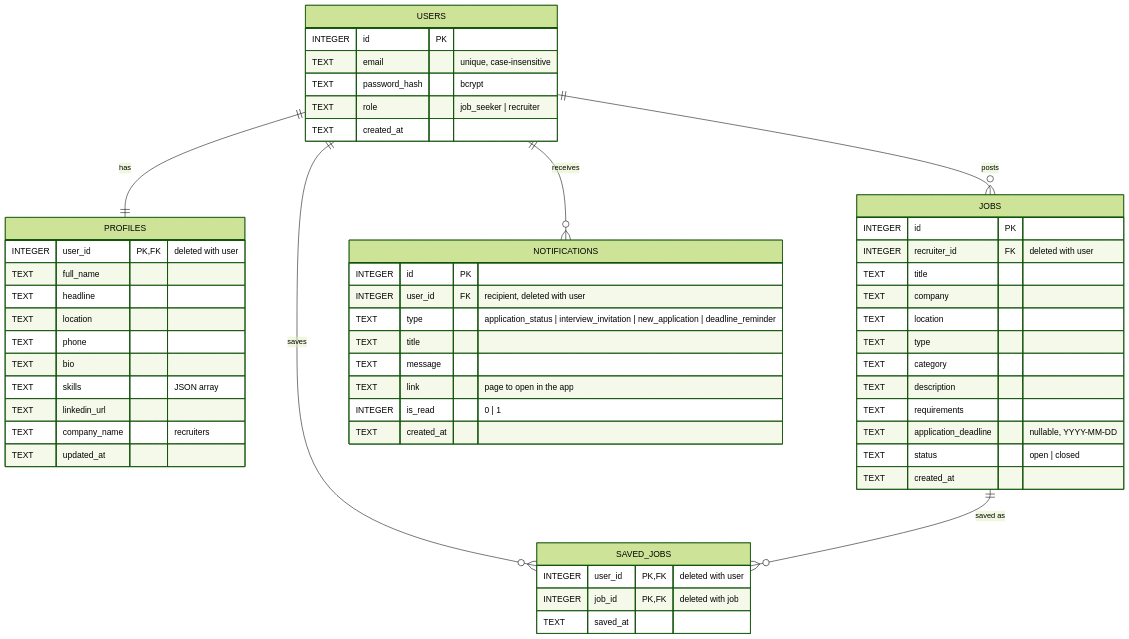
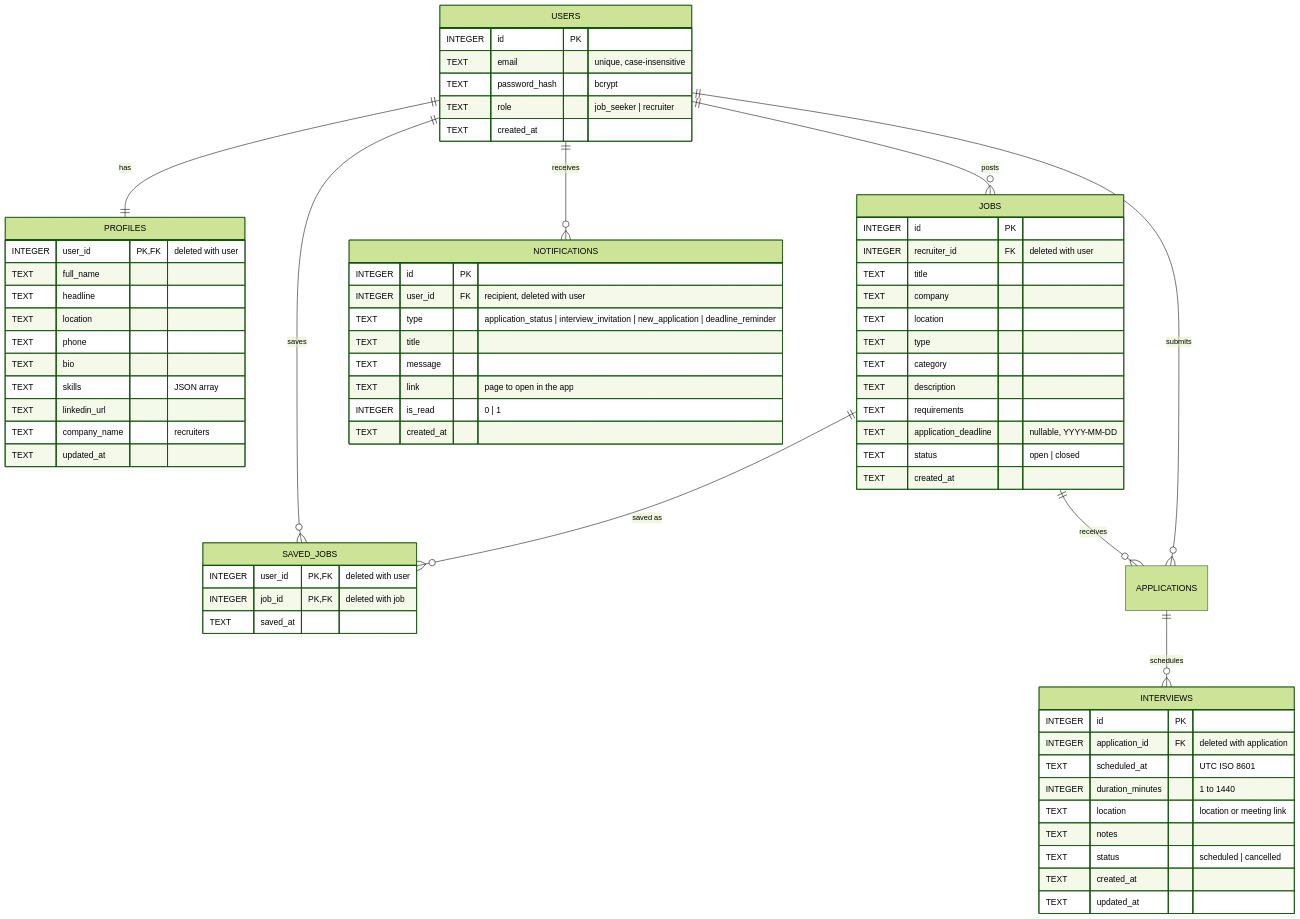
One commit to Strykerxman/CareerConnect changed the diagram in docs/database.md. Above: the diagram before and after it, drawn with Mermaid (forest theme). The commit also changed other lines of this file and 16 other files, not shown here.

Commit message:
Implement interview scheduling and management - Add interview schema and access-controlled scheduling API - Add recruiter scheduling, rescheduling, and cancellation - Show upcoming interviews and in-app notifications to job seekers - Add automated tests and document the interview workflow

````diff
--- a/docs/database.md
+++ b/docs/database.md
@@ -5,56 +5,70 @@
 ```mermaid
 erDiagram
   USERS ||--|| PROFILES : has
   USERS {
     INTEGER id PK
     TEXT email "unique, case-insensitive"
     TEXT password_hash "bcrypt"
     TEXT role "job_seeker | recruiter"
     TEXT created_at
   }
   USERS ||--o{ JOBS : posts
   JOBS {
     INTEGER id PK
     INTEGER recruiter_id FK "deleted with user"
     TEXT title
     TEXT company
     TEXT location
     TEXT type
     TEXT category
     TEXT description
     TEXT requirements
     TEXT application_deadline "nullable, YYYY-MM-DD"
     TEXT status "open | closed"
     TEXT created_at
   }
   PROFILES {
     INTEGER user_id PK, FK "deleted with user"
     TEXT full_name
     TEXT headline
     TEXT location
     TEXT phone
     TEXT bio
     TEXT skills "JSON array"
     TEXT linkedin_url
     TEXT company_name "recruiters"
     TEXT updated_at
   }
   USERS ||--o{ SAVED_JOBS : saves
   JOBS ||--o{ SAVED_JOBS : "saved as"
   SAVED_JOBS {
     INTEGER user_id PK, FK "deleted with user"
     INTEGER job_id PK, FK "deleted with job"
     TEXT saved_at
   }
+  JOBS ||--o{ APPLICATIONS : receives
+  USERS ||--o{ APPLICATIONS : submits
+  APPLICATIONS ||--o{ INTERVIEWS : schedules
+  INTERVIEWS {
+    INTEGER id PK
+    INTEGER application_id FK "deleted with application"
+    TEXT scheduled_at "UTC ISO 8601"
+    INTEGER duration_minutes "1 to 1440"
+    TEXT location "location or meeting link"
+    TEXT notes
+    TEXT status "scheduled | cancelled"
+    TEXT created_at
+    TEXT updated_at
+  }
   USERS ||--o{ NOTIFICATIONS : receives
   NOTIFICATIONS {
     INTEGER id PK
     INTEGER user_id FK "recipient, deleted with user"
     TEXT type "application_status | interview_invitation | new_application | deadline_reminder"
     TEXT title
     TEXT message
     TEXT link "page to open in the app"
     INTEGER is_read "0 | 1"
     TEXT created_at
   }
 ```
````
